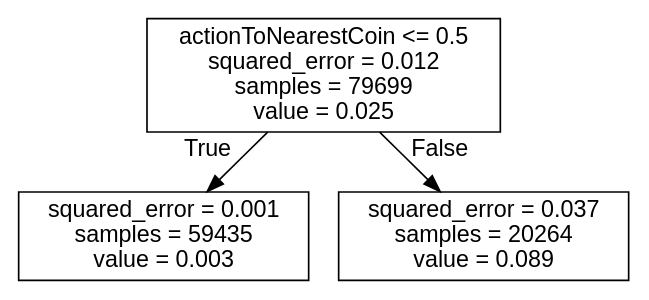
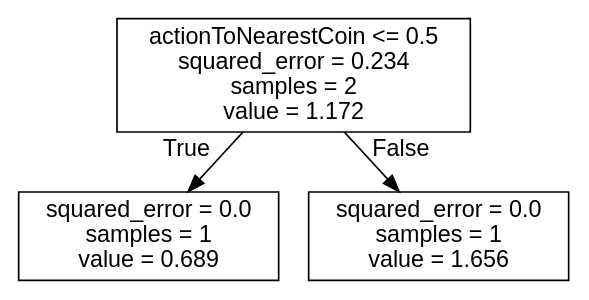
The diagram in bomberman_rl/agent_code/my_agent/trees/LEFT.dot (J-Gann/FML), drawn with Graphviz before and after one commit. The commit also changed 10 other files, not shown here.

```diff
--- a/bomberman_rl/agent_code/my_agent/trees/LEFT.dot
+++ b/bomberman_rl/agent_code/my_agent/trees/LEFT.dot
@@ -1,9 +1,9 @@
 digraph Tree {
 node [shape=box, fontname="helvetica"] ;
 edge [fontname="helvetica"] ;
-0 [label="actionToNearestCoin <= 0.5\nsquared_error = 0.012\nsamples = 79699\nvalue = 0.025"] ;
-1 [label="squared_error = 0.001\nsamples = 59435\nvalue = 0.003"] ;
+0 [label="actionToNearestCoin <= 0.5\nsquared_error = 0.234\nsamples = 2\nvalue = 1.172"] ;
+1 [label="squared_error = 0.0\nsamples = 1\nvalue = 0.689"] ;
 0 -> 1 [labeldistance=2.5, labelangle=45, headlabel="True"] ;
-2 [label="squared_error = 0.037\nsamples = 20264\nvalue = 0.089"] ;
+2 [label="squared_error = 0.0\nsamples = 1\nvalue = 1.656"] ;
 0 -> 2 [labeldistance=2.5, labelangle=-45, headlabel="False"] ;
 }
```
